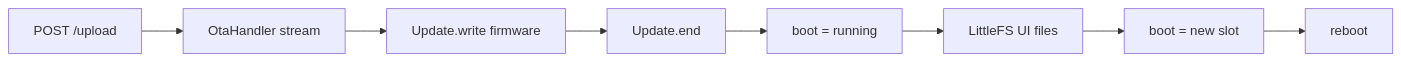
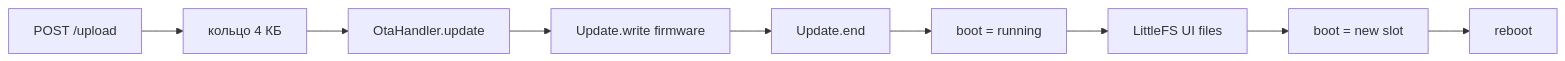
Before and after one commit to El-Vasao/AutoStartEspUnit: the diagram in docs/modules/ota.md, drawn with Mermaid. The commit also changed other lines of this file and 27 other files, not shown here.

````diff
--- a/docs/modules/ota.md
+++ b/docs/modules/ota.md
@@ -6,10 +6,11 @@
 ```mermaid
 flowchart LR
-  Upload[POST /upload] --> Fsm[OtaHandler stream]
+  Upload[POST /upload] --> Ring[кольцо 4 КБ]
+  Ring --> Fsm[OtaHandler.update]
   Fsm --> Fw[Update.write firmware]
   Fw --> End[Update.end]
   End --> Pin[boot = running]
   Pin --> Tail[LittleFS UI files]
   Tail --> Slot[boot = new slot]
   Slot --> Reboot[reboot]
 ```
````
